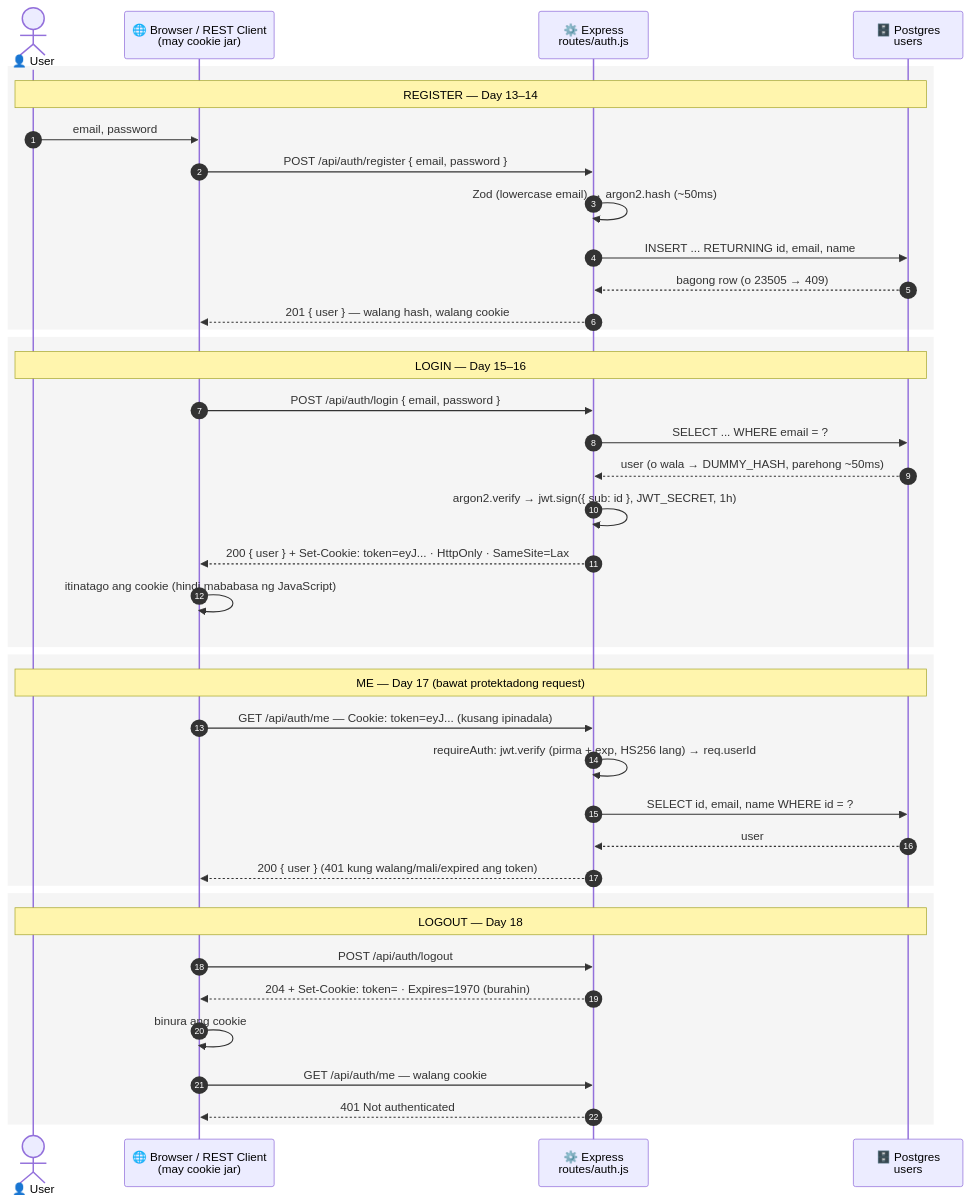
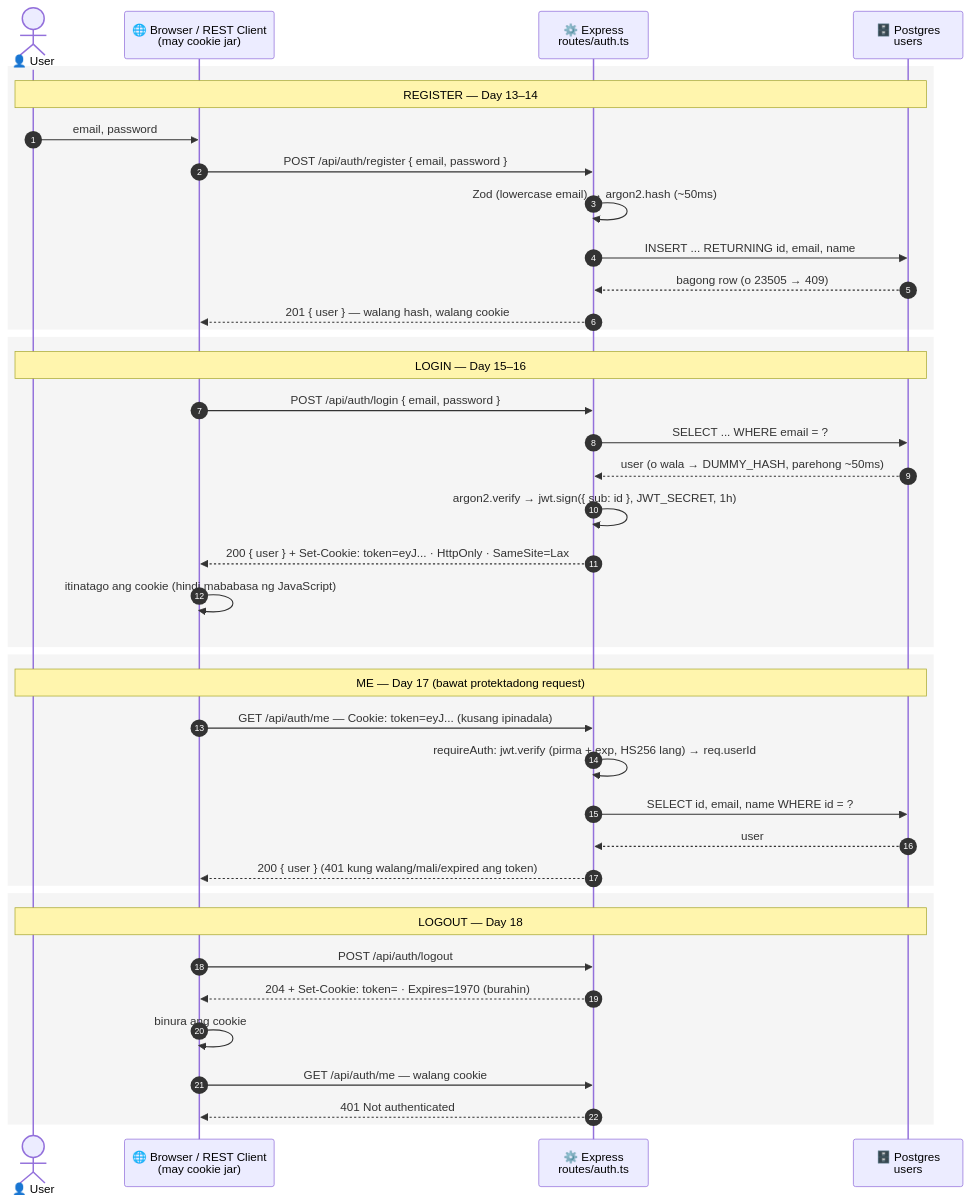
The diagram in docs/diagrams/06-auth-sequence.md (nelson1869-ai/auth-learning), drawn with Mermaid before and after one commit. The commit also changed other lines of this file and 20 other files, not shown here.

Commit message:
docs: .ts file names in diagrams and .http files, architecture, day 30-32 notes

````diff
--- a/docs/diagrams/06-auth-sequence.md
+++ b/docs/diagrams/06-auth-sequence.md
@@ -12,46 +12,46 @@
 ```mermaid
 sequenceDiagram
     autonumber
     actor U as 👤 User
     participant B as 🌐 Browser / REST Client<br/>(may cookie jar)
-    participant S as ⚙️ Express<br/>routes/auth.js
+    participant S as ⚙️ Express<br/>routes/auth.ts
     participant D as 🗄️ Postgres<br/>users
 
     rect rgba(128,128,128,0.08)
     Note over U,D: REGISTER — Day 13–14
     U->>B: email, password
     B->>S: POST /api/auth/register { email, password }
     S->>S: Zod (lowercase email) → argon2.hash (~50ms)
     S->>D: INSERT ... RETURNING id, email, name
     D-->>S: bagong row (o 23505 → 409)
     S-->>B: 201 { user } — walang hash, walang cookie
     end
 
     rect rgba(128,128,128,0.08)
     Note over U,D: LOGIN — Day 15–16
     B->>S: POST /api/auth/login { email, password }
     S->>D: SELECT ... WHERE email = ?
     D-->>S: user (o wala → DUMMY_HASH, parehong ~50ms)
     S->>S: argon2.verify → jwt.sign({ sub: id }, JWT_SECRET, 1h)
     S-->>B: 200 { user } + Set-Cookie: token=eyJ... · HttpOnly · SameSite=Lax
     B->>B: itinatago ang cookie (hindi mababasa ng JavaScript)
     end
 
     rect rgba(128,128,128,0.08)
     Note over U,D: ME — Day 17 (bawat protektadong request)
     B->>S: GET /api/auth/me — Cookie: token=eyJ... (kusang ipinadala)
     S->>S: requireAuth: jwt.verify (pirma + exp, HS256 lang) → req.userId
     S->>D: SELECT id, email, name WHERE id = ?
     D-->>S: user
     S-->>B: 200 { user } (401 kung walang/mali/expired ang token)
     end
 
     rect rgba(128,128,128,0.08)
     Note over U,D: LOGOUT — Day 18
     B->>S: POST /api/auth/logout
     S-->>B: 204 + Set-Cookie: token= · Expires=1970 (burahin)
     B->>B: binura ang cookie
     B->>S: GET /api/auth/me — walang cookie
     S-->>B: 401 Not authenticated
     end
 ```
````
